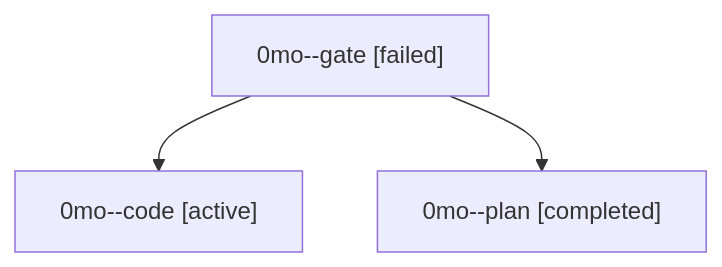
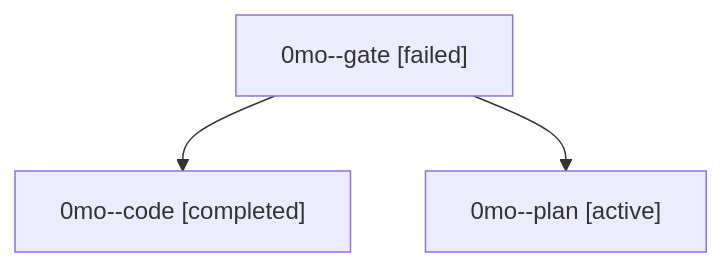
One commit to sase-org/sase--agents changed the diagram in families/bbugyi200.athena.0mo.md. Above: the diagram before and after it, drawn with Mermaid. The commit also changed other lines of this file and 35830 other files, not shown here.

````diff
--- a/families/bbugyi200.athena.0mo.md
+++ b/families/bbugyi200.athena.0mo.md
@@ -9,8 +9,8 @@
 ```mermaid
 flowchart TD
   n0["0mo--gate [failed]"]
-  n1["0mo--code [active]"]
+  n1["0mo--code [completed]"]
   n0 --> n1
-  n2["0mo--plan [completed]"]
+  n2["0mo--plan [active]"]
   n0 --> n2
 ```
````
